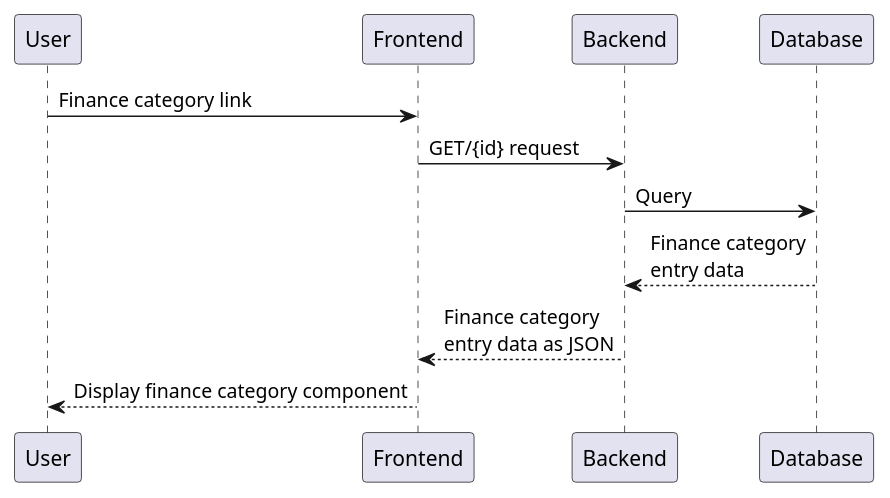
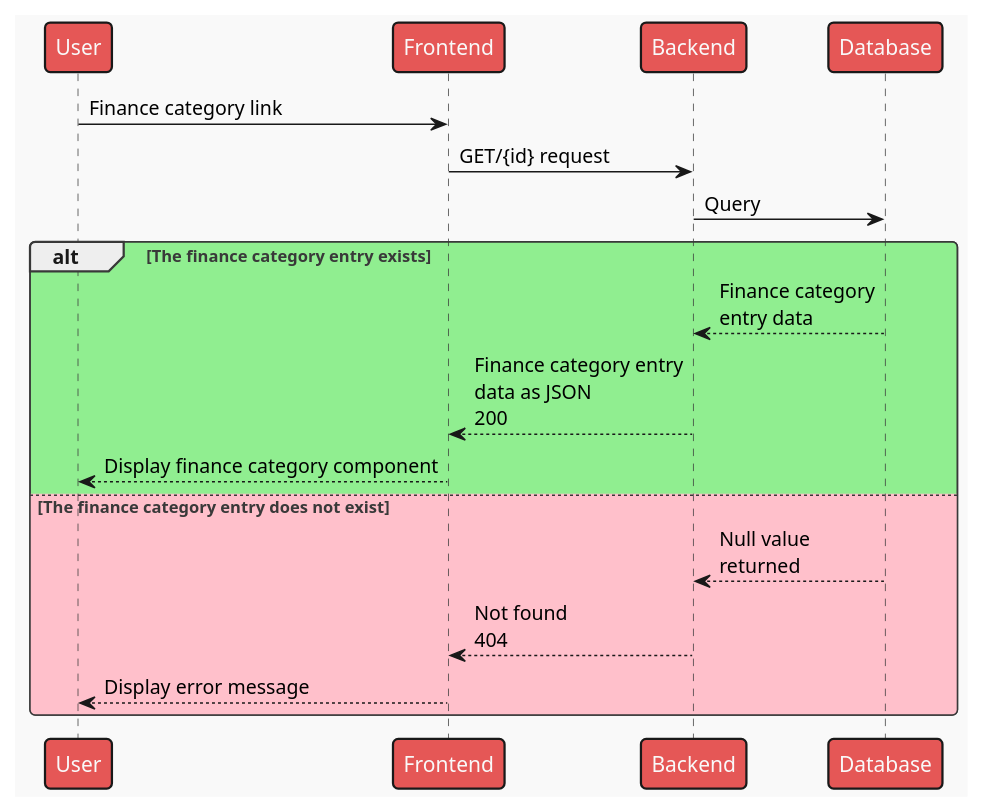
The ninth of 18 diagrams in docs/Sequences.puml (Toby-Rea/planner), drawn with PlantUML before and after one commit. The commit also changed other lines of this file and 18 other files, not shown here.

Commit message:
added 404 responses to appropriate sequences and added mars theme to diagrams

```diff
--- a/docs/Sequences.puml
+++ b/docs/Sequences.puml
@@ -111,13 +143,21 @@
 @startuml Fetch single finance category
+!theme mars
 participant User as u
 participant Frontend as fe
 participant Backend as be
 participant Database as db
 
 u -> fe: Finance category link
 fe -> be: GET/{id} request
 be -> db: Query
-be <-- db: Finance category\nentry data
-fe <-- be: Finance category\nentry data as JSON
-u <-- fe: Display finance category component
+
+alt #LightGreen The finance category entry exists
+    be <-- db: Finance category\nentry data
+    fe <-- be: Finance category entry\ndata as JSON\n200
+    u <-- fe: Display finance category component
+else #Pink The finance category entry does not exist
+    be <-- db: Null value\nreturned
+    fe <-- be: Not found\n404
+    u <-- fe: Display error message
+end
 @enduml
```
